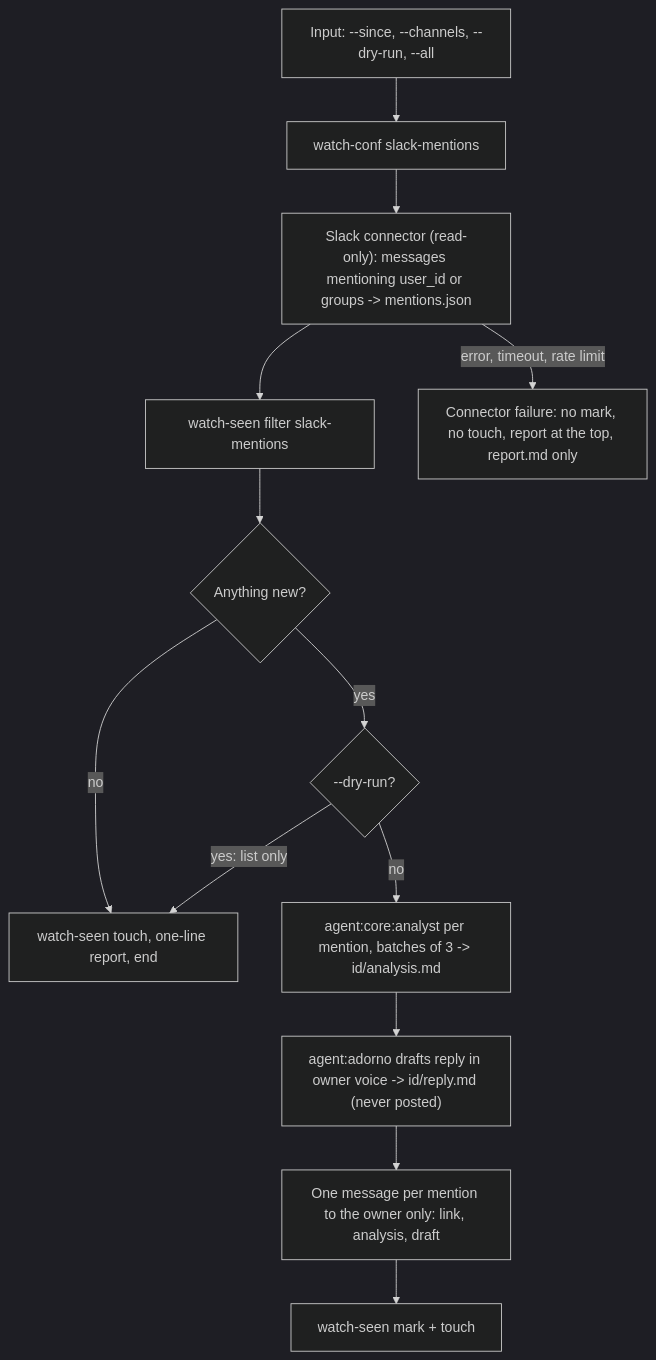
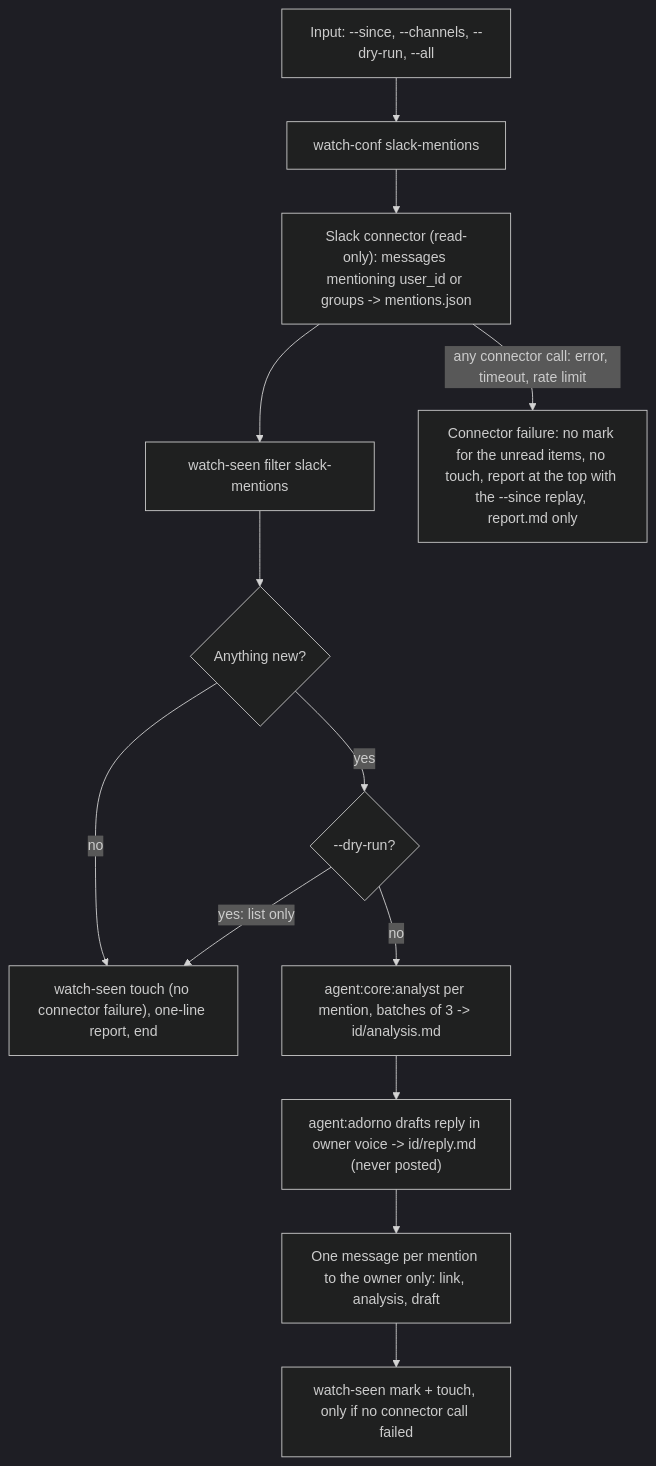
The first of 2 diagrams in src/workflows/slack/SCHEMA.md (nicolasmondain/adorno), drawn with Mermaid (dark theme) before and after one commit. The commit also changed other lines of this file and 16 other files, not shown here.

````diff
--- a/src/workflows/slack/SCHEMA.md
+++ b/src/workflows/slack/SCHEMA.md
@@ -5,21 +5,21 @@
 ```mermaid
 flowchart TD
   IN["Input: --since, --channels, --dry-run, --all"]
   CF["watch-conf slack-mentions"]
   SE["Slack connector (read-only): messages mentioning user_id or groups -> mentions.json"]
   FL["watch-seen filter slack-mentions"]
   EM{"Anything new?"}
-  TC["watch-seen touch, one-line report, end"]
+  TC["watch-seen touch (no connector failure), one-line report, end"]
   DRY{"--dry-run?"}
   AN["agent:core:analyst per mention, batches of 3 -> id/analysis.md"]
   RP["agent:adorno drafts reply in owner voice -> id/reply.md (never posted)"]
   SD["One message per mention to the owner only: link, analysis, draft"]
-  MK["watch-seen mark + touch"]
-  FAIL["Connector failure: no mark, no touch, report at the top, report.md only"]
+  MK["watch-seen mark + touch, only if no connector call failed"]
+  FAIL["Connector failure: no mark for the unread items, no touch, report at the top with the --since replay, report.md only"]
   IN --> CF --> SE --> FL --> EM
-  SE -->|"error, timeout, rate limit"| FAIL
+  SE -->|"any connector call: error, timeout, rate limit"| FAIL
   EM -->|"no"| TC
   EM -->|"yes"| DRY
   DRY -->|"yes: list only"| TC
   DRY -->|"no"| AN --> RP --> SD --> MK
 ```
````
